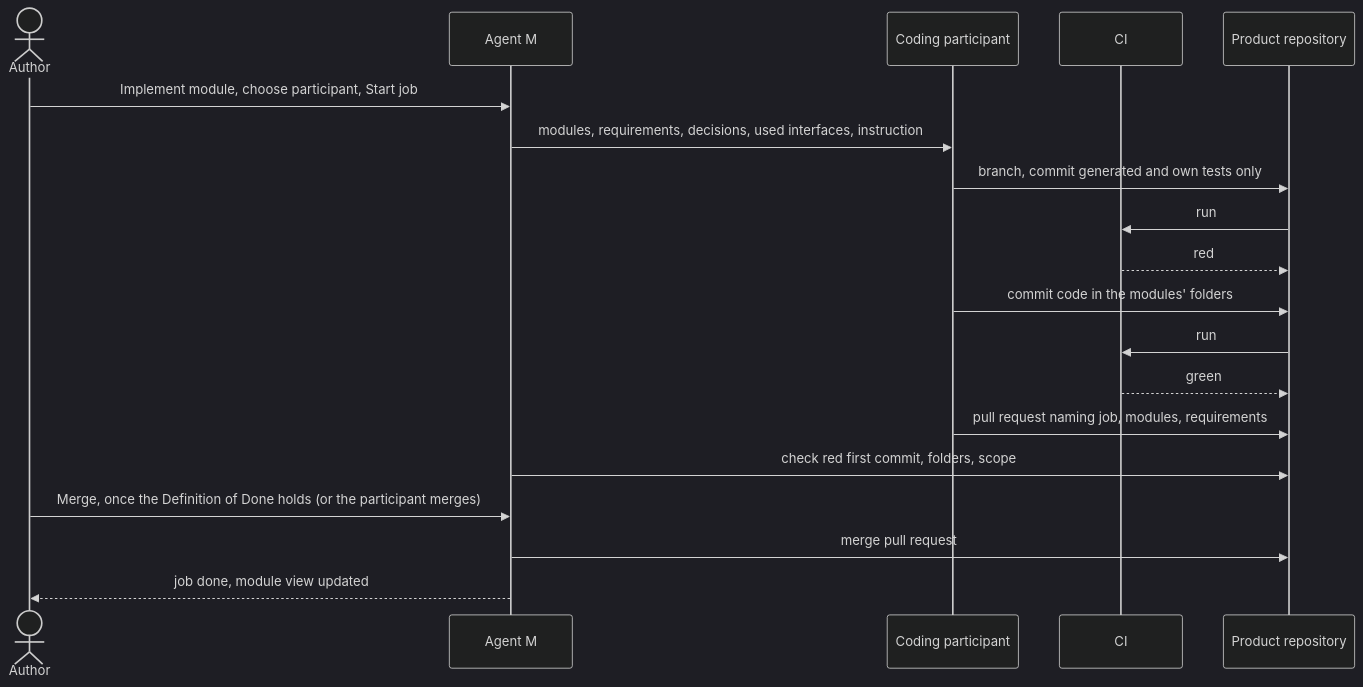
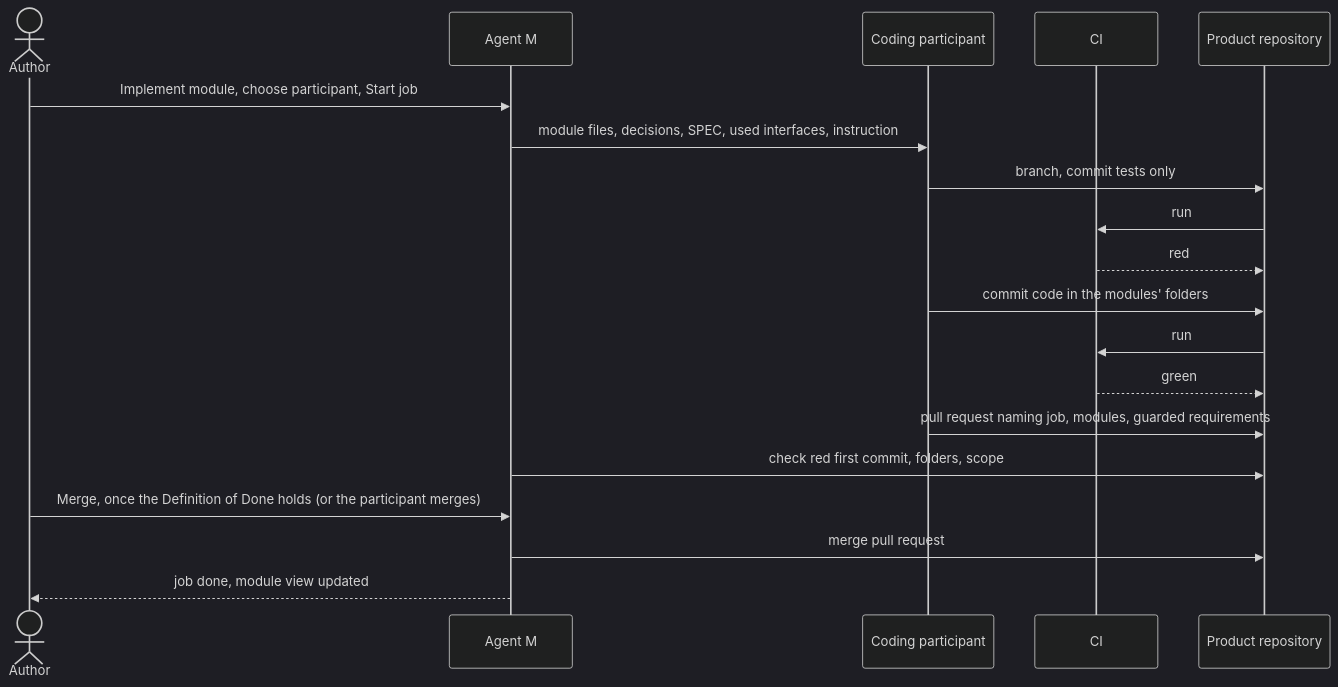
Before and after one commit to akmaier/agent-m: the diagram in docs/use-cases/UC-024-implement-modules.md, drawn with Mermaid (dark theme). The commit also changed other lines of this file and 124 other files, not shown here.

````diff
--- a/docs/use-cases/UC-024-implement-modules.md
+++ b/docs/use-cases/UC-024-implement-modules.md
@@ -111,21 +111,21 @@
 ```mermaid
 sequenceDiagram
     actor A as Author
     participant M as Agent M
     participant P as Coding participant
     participant C as CI
     participant G as Product repository
     A->>M: Implement module, choose participant, Start job
-    M->>P: modules, requirements, decisions, used interfaces, instruction
-    P->>G: branch, commit generated and own tests only
+    M->>P: module files, decisions, SPEC, used interfaces, instruction
+    P->>G: branch, commit tests only
     G->>C: run
     C-->>G: red
     P->>G: commit code in the modules' folders
     G->>C: run
     C-->>G: green
-    P->>G: pull request naming job, modules, requirements
+    P->>G: pull request naming job, modules, guarded requirements
     M->>G: check red first commit, folders, scope
     A->>M: Merge, once the Definition of Done holds (or the participant merges)
     M->>G: merge pull request
     M-->>A: job done, module view updated
 ```
````
